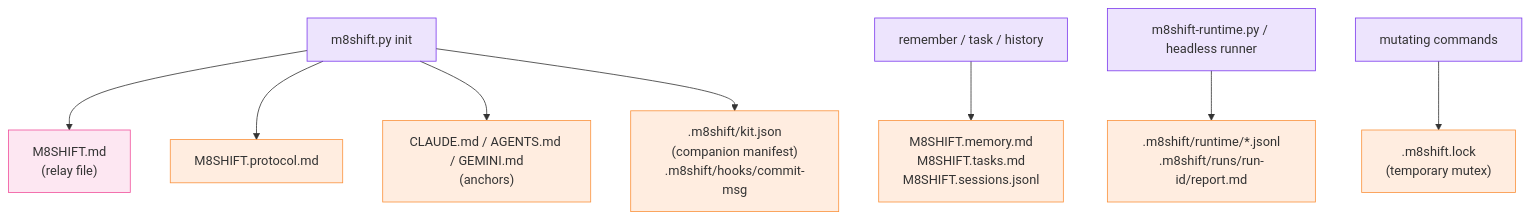
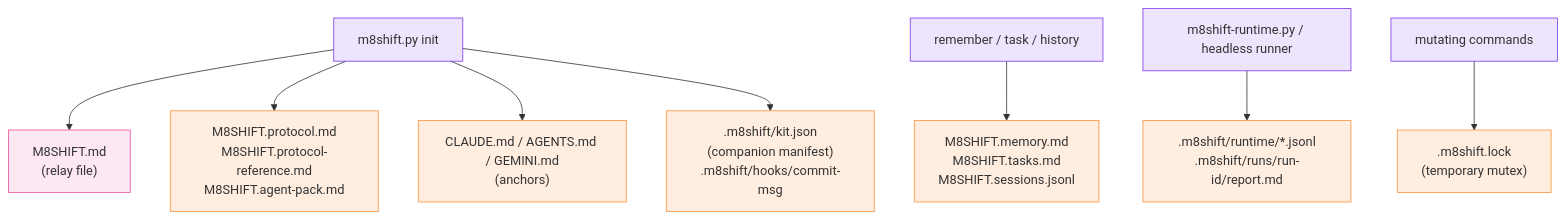
Before and after one commit to M8Shift/m8shift.github.io: the diagram in docs/reference/generated-files.md, drawn with Mermaid. The commit also changed other lines of this file and 2 other files, not shown here.

Commit message:
docs: v3.51.0 — guidance batch (raw-proof, shared-checkout, parasite audit) + generated-files completes pack/reference rows

````diff
--- a/docs/reference/generated-files.md
+++ b/docs/reference/generated-files.md
@@ -7,17 +7,17 @@
 ```mermaid
 flowchart TD
     INIT["m8shift.py init"] --> RELAY["M8SHIFT.md<br/>(relay file)"]
-    INIT --> PROTO["M8SHIFT.protocol.md"]
+    INIT --> PROTO["M8SHIFT.protocol.md<br/>M8SHIFT.protocol-reference.md<br/>M8SHIFT.agent-pack.md"]
     INIT --> ANCH["CLAUDE.md / AGENTS.md / GEMINI.md<br/>(anchors)"]
     INIT --> KIT[".m8shift/kit.json<br/>(companion manifest)<br/>.m8shift/hooks/commit-msg"]
     CMD["remember / task / history"] --> LEDGER["M8SHIFT.memory.md<br/>M8SHIFT.tasks.md<br/>M8SHIFT.sessions.jsonl"]
     RT["m8shift-runtime.py / headless runner"] --> RUNTIME[".m8shift/runtime/*.jsonl<br/>.m8shift/runs/run-id/report.md"]
     MUT["mutating commands"] --> LOCK[".m8shift.lock<br/>(temporary mutex)"]
 
     classDef agent fill:#7c3aed22,stroke:#7c3aed;
     classDef pen fill:#f0509c22,stroke:#f0509c;
     classDef store fill:#ff7a1822,stroke:#fb923c;
     class INIT,CMD,MUT,RT agent
     class RELAY pen
     class PROTO,ANCH,KIT,LOCK,LEDGER,RUNTIME store
 ```
````
